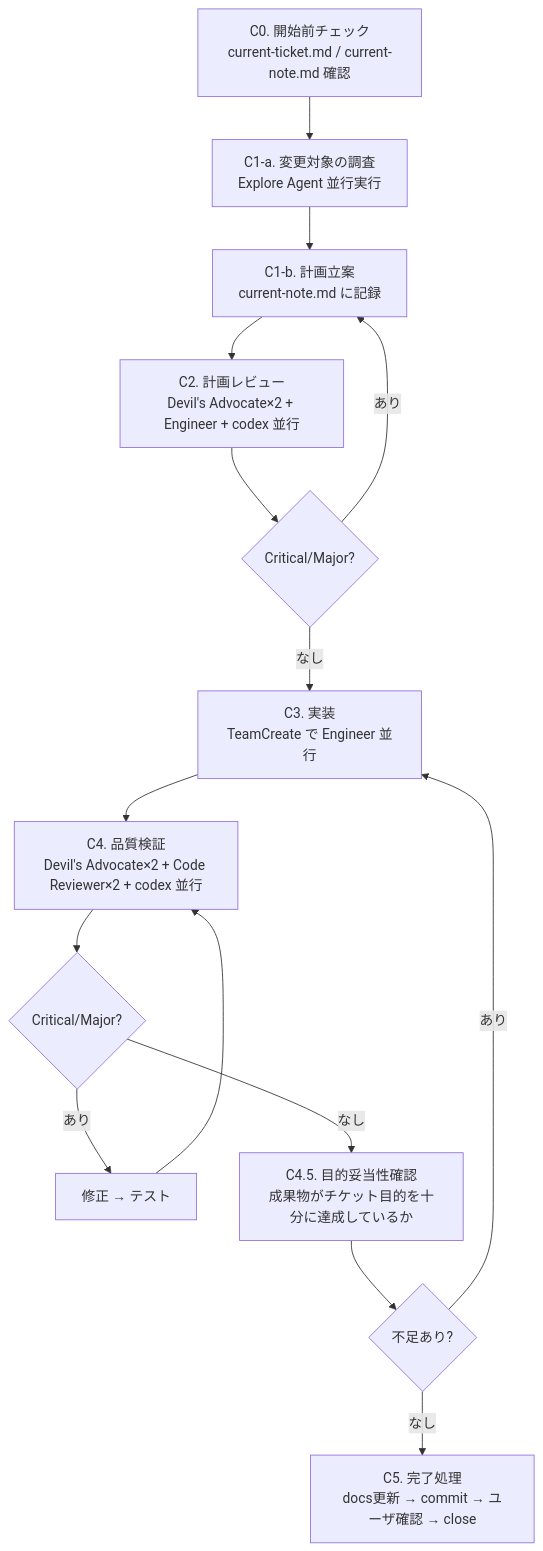
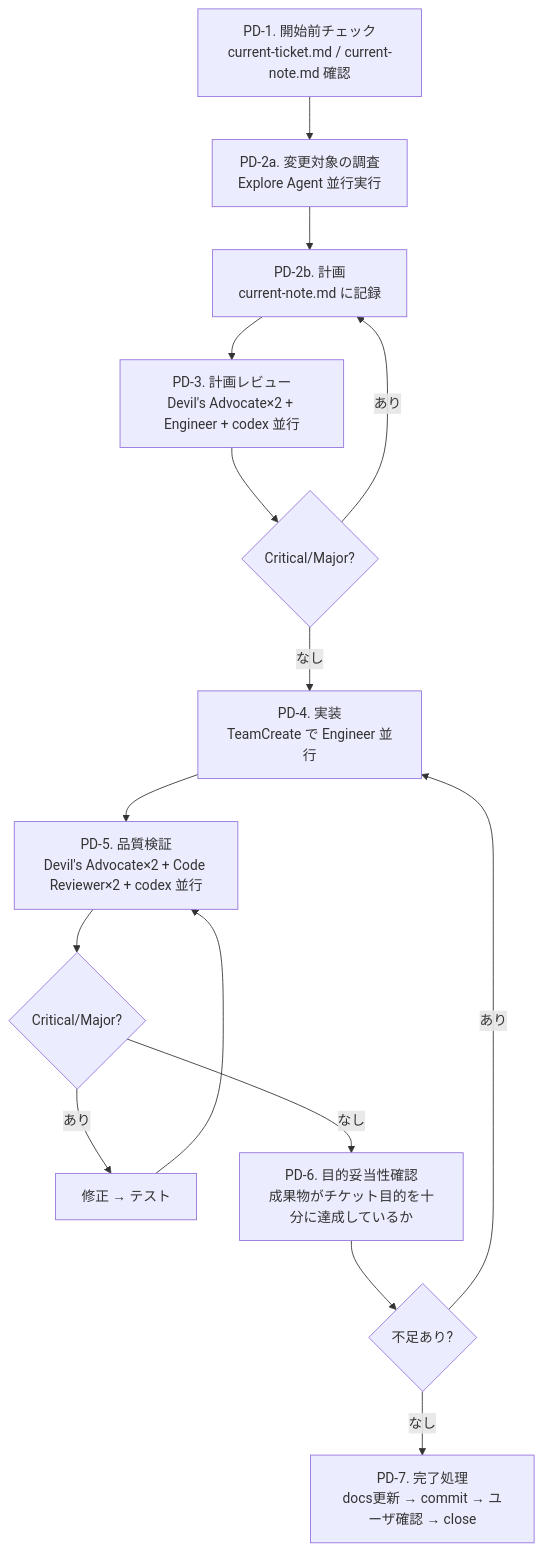
The second of 3 diagrams in skills/pdh-dev/SKILL.md (masuidrive/pdh), drawn with Mermaid before and after one commit. The commit also changed other lines of this file and 4 other files, not shown here.

````diff
--- a/skills/pdh-dev/SKILL.md
+++ b/skills/pdh-dev/SKILL.md
@@ -50,17 +50,17 @@
 ```mermaid
 flowchart TD
-    C0["C0. 開始前チェック<br/>current-ticket.md / current-note.md 確認"] --> C1a
-    C1a["C1-a. 変更対象の調査<br/>Explore Agent 並行実行"] --> C1b
-    C1b["C1-b. 計画立案<br/>current-note.md に記録"] --> C2
-    C2["C2. 計画レビュー<br/>Devil's Advocate×2 + Engineer + codex 並行"] --> C2q{"Critical/Major?"}
-    C2q -- "あり" --> C1b
-    C2q -- "なし" --> C3
-    C3["C3. 実装<br/>TeamCreate で Engineer 並行"] --> C4
-    C4["C4. 品質検証<br/>Devil's Advocate×2 + Code Reviewer×2 + codex 並行"] --> C4q{"Critical/Major?"}
-    C4q -- "あり" --> C4fix["修正 → テスト"] --> C4
-    C4q -- "なし" --> C45
-    C45["C4.5. 目的妥当性確認<br/>成果物がチケット目的を十分に達成しているか"] --> C45q{"不足あり?"}
-    C45q -- "あり" --> C3
-    C45q -- "なし" --> C5
-    C5["C5. 完了処理<br/>docs更新 → commit → ユーザ確認 → close"]
+    PD1["PD-1. 開始前チェック<br/>current-ticket.md / current-note.md 確認"] --> PD2a
+    PD2a["PD-2a. 変更対象の調査<br/>Explore Agent 並行実行"] --> PD2b
+    PD2b["PD-2b. 計画<br/>current-note.md に記録"] --> PD3
+    PD3["PD-3. 計画レビュー<br/>Devil's Advocate×2 + Engineer + codex 並行"] --> PD3q{"Critical/Major?"}
+    PD3q -- "あり" --> PD2b
+    PD3q -- "なし" --> PD4
+    PD4["PD-4. 実装<br/>TeamCreate で Engineer 並行"] --> PD5
+    PD5["PD-5. 品質検証<br/>Devil's Advocate×2 + Code Reviewer×2 + codex 並行"] --> PD5q{"Critical/Major?"}
+    PD5q -- "あり" --> PD5fix["修正 → テスト"] --> PD5
+    PD5q -- "なし" --> PD6
+    PD6["PD-6. 目的妥当性確認<br/>成果物がチケット目的を十分に達成しているか"] --> PD6q{"不足あり?"}
+    PD6q -- "あり" --> PD4
+    PD6q -- "なし" --> PD7
+    PD7["PD-7. 完了処理<br/>docs更新 → commit → ユーザ確認 → close"]
 ```
````
